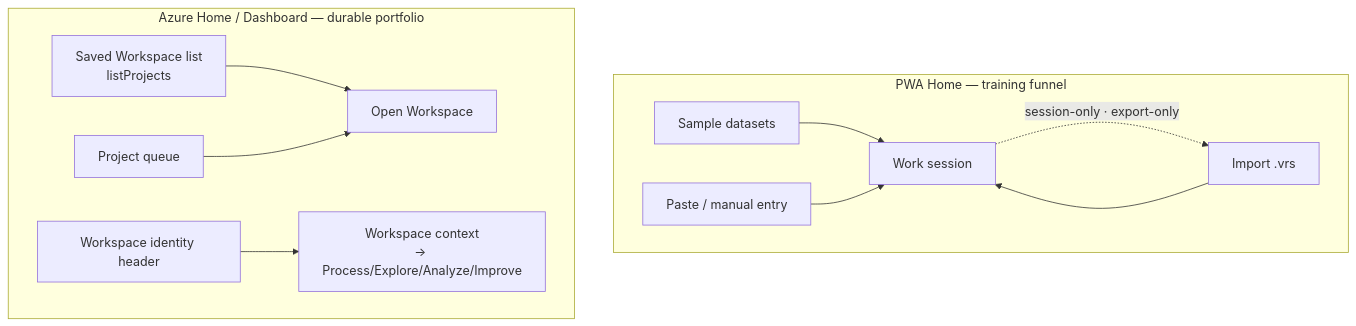
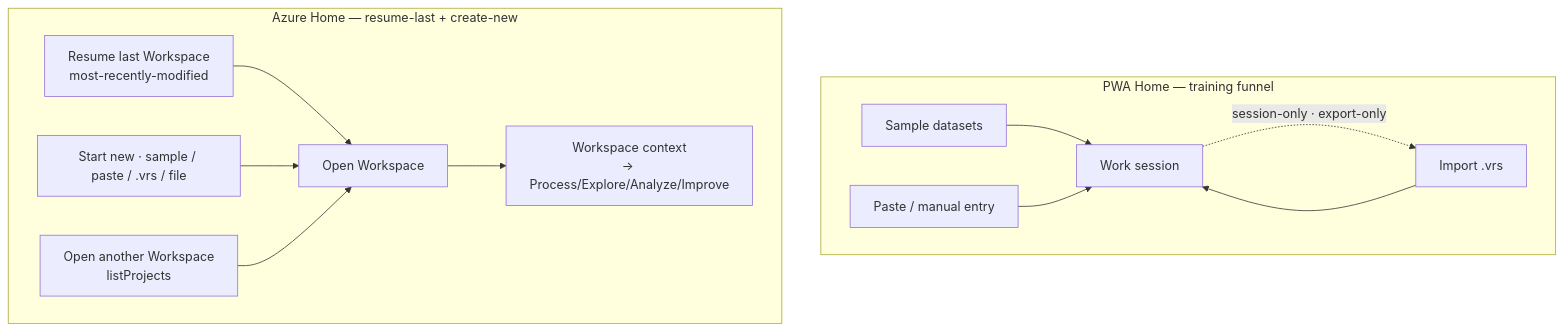
The diagram in docs/03-features/workflows/home.md (jukka-matti/variscout), drawn with Mermaid before and after one commit. The commit also changed other lines of this file and 11 other files, not shown here.

First line of the commit message:
docs: propagate Workspace migration (#358) — Home resume-last, faithful project-dashboard rewrite, activeIPStore-deletion cleanup

````diff
--- a/docs/03-features/workflows/home.md
+++ b/docs/03-features/workflows/home.md
@@ -27,14 +27,15 @@
 ```mermaid
 flowchart TD
   subgraph PWA["PWA Home — training funnel"]
     S[Sample datasets] --> W[Work session]
     P[Paste / manual entry] --> W
     V[Import .vrs] --> W
     W -.session-only · export-only.-> V
   end
-  subgraph AZ["Azure Home / Dashboard — durable portfolio"]
-    L[Saved Workspace list<br/>listProjects] --> O[Open Workspace]
-    Q[Project queue] --> O
-    IPC[Workspace identity header] --> Cascade[Workspace context<br/>→ Process/Explore/Analyze/Improve]
+  subgraph AZ["Azure Home — resume-last + create-new"]
+    R[Resume last Workspace<br/>most-recently-modified] --> O[Open Workspace]
+    N[Start new · sample / paste / .vrs / file] --> O
+    L[Open another Workspace<br/>listProjects] --> O
+    O --> Cascade[Workspace context<br/>→ Process/Explore/Analyze/Improve]
   end
 ```
````
